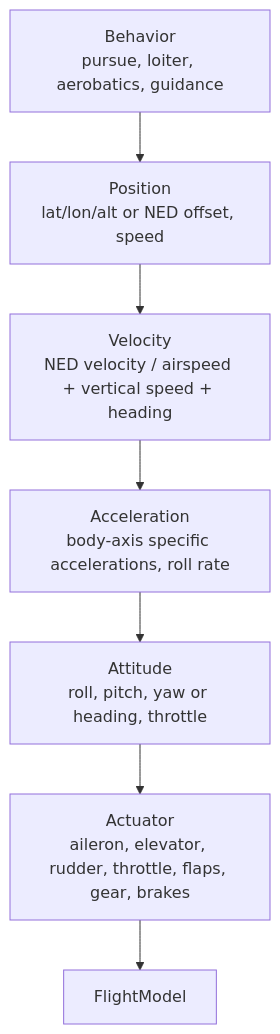
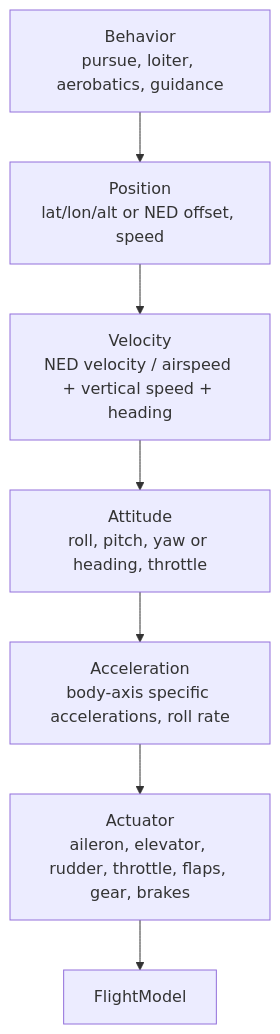
The fifth of 5 diagrams in docs/FlightSim_System_Architecture_and_Design.md (coasho/DecisionDRLTest), drawn with Mermaid before and after one commit. The commit also changed other lines of this file and 20 other files, not shown here.

````diff
--- a/docs/FlightSim_System_Architecture_and_Design.md
+++ b/docs/FlightSim_System_Architecture_and_Design.md
@@ -371,9 +371,9 @@
 ```mermaid
 flowchart TD
     B[Behavior<br/>pursue, loiter, aerobatics, guidance] --> P
     P[Position<br/>lat/lon/alt or NED offset, speed] --> V
-    V[Velocity<br/>NED velocity / airspeed + vertical speed + heading] --> A
-    A[Acceleration<br/>body-axis specific accelerations, roll rate] --> T
-    T[Attitude<br/>roll, pitch, yaw or heading, throttle] --> U
+    V[Velocity<br/>NED velocity / airspeed + vertical speed + heading] --> T
+    T[Attitude<br/>roll, pitch, yaw or heading, throttle] --> A
+    A[Acceleration<br/>body-axis specific accelerations, roll rate] --> U
     U[Actuator<br/>aileron, elevator, rudder, throttle, flaps, gear, brakes] --> FDM[FlightModel]
 ```
````
